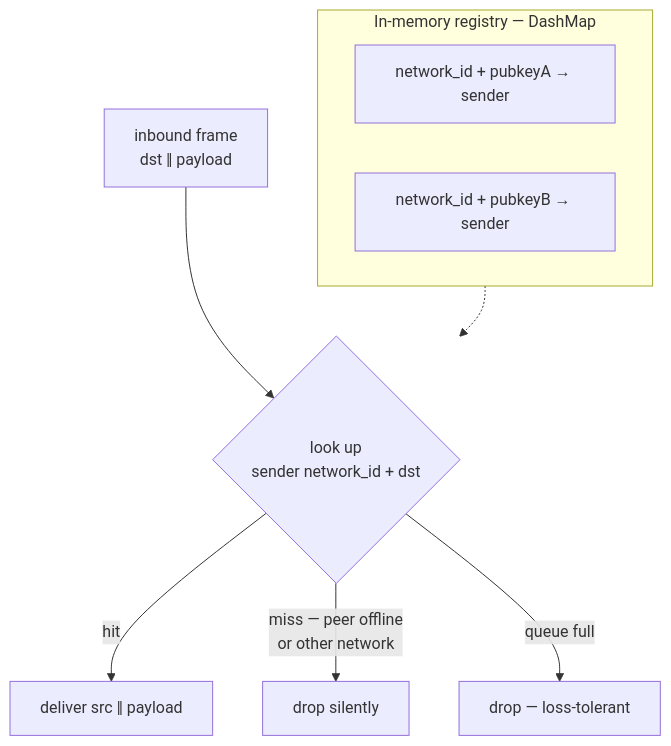
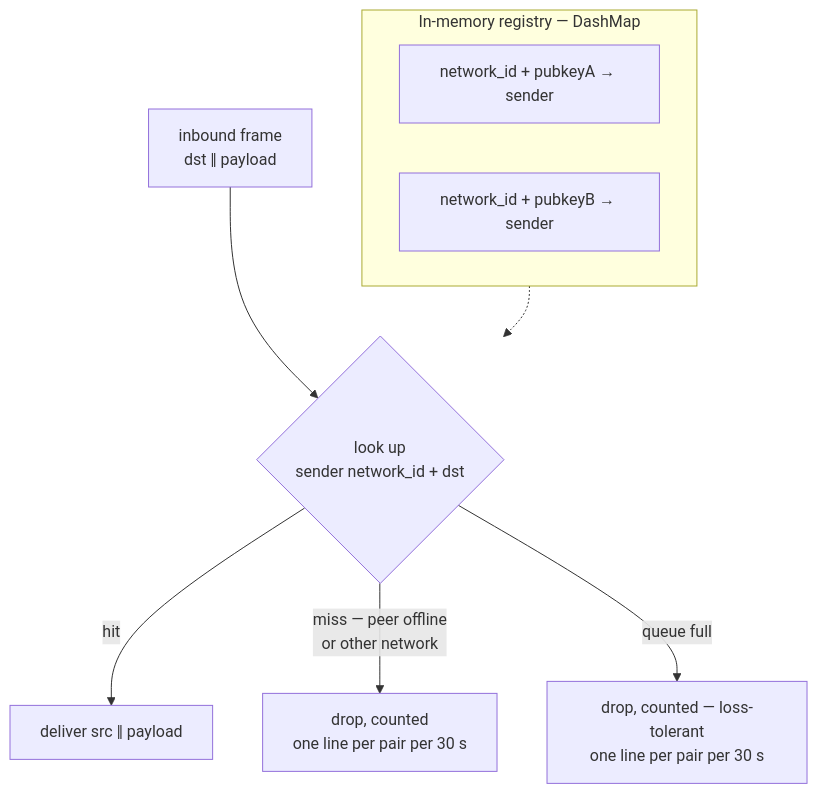
Before and after one commit to gjovanov/roomler-ai: diagram 11 of 20 in docs/overlay-communication.md, drawn with Mermaid. The commit also changed other lines of this file and 11 other files, not shown here.

````diff
--- a/docs/overlay-communication.md
+++ b/docs/overlay-communication.md
@@ -660,12 +660,12 @@
 ```mermaid
 graph TB
     subgraph REG["In-memory registry — DashMap"]
         K1["network_id + pubkeyA → sender"]
         K2["network_id + pubkeyB → sender"]
     end
     IN["inbound frame<br/>dst ‖ payload"] --> LOOK{"look up<br/>sender network_id + dst"}
     LOOK -->|"hit"| OUT["deliver src ‖ payload"]
-    LOOK -->|"miss — peer offline<br/>or other network"| DROP["drop silently"]
-    LOOK -->|"queue full"| DROP2["drop — loss-tolerant"]
+    LOOK -->|"miss — peer offline<br/>or other network"| DROP["drop, counted<br/>one line per pair per 30 s"]
+    LOOK -->|"queue full"| DROP2["drop, counted — loss-tolerant<br/>one line per pair per 30 s"]
     REG -.-> LOOK
 ```
````
